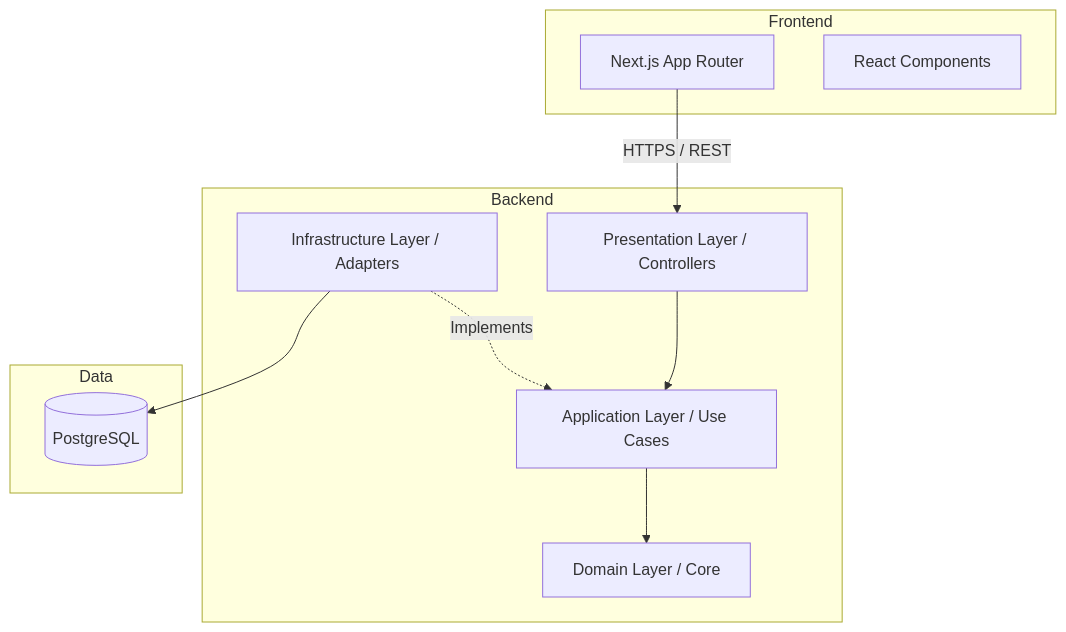
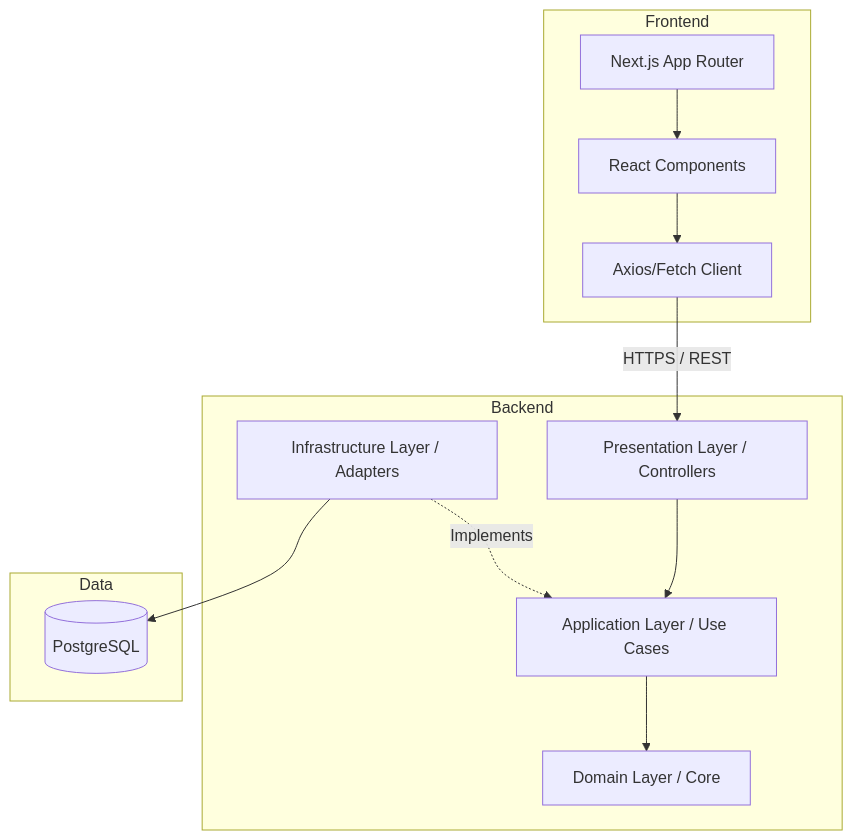
One commit to RyzenCodes15/rpg-backend-engine changed the diagram in docs/Architecture.md. Above: the diagram before and after it, drawn with Mermaid. The commit also changed other lines of this file and 49 other files, not shown here.

````diff
--- a/docs/Architecture.md
+++ b/docs/Architecture.md
@@ -14,24 +14,27 @@
 ```mermaid
 graph TD
     subgraph Frontend
         Next[Next.js App Router]
         UI[React Components]
+        APIClient[Axios/Fetch Client]
     end
 
     subgraph Backend
         Web[Presentation Layer / Controllers]
         App[Application Layer / Use Cases]
         Dom[Domain Layer / Core]
         Inf[Infrastructure Layer / Adapters]
     end
 
     subgraph Data
         DB[(PostgreSQL)]
     end
 
-    Next -->|HTTPS / REST| Web
+    Next --> UI
+    UI --> APIClient
+    APIClient -->|HTTPS / REST| Web
     Web --> App
     App --> Dom
     Inf -.->|Implements| App
     Inf --> DB
 ```
````
